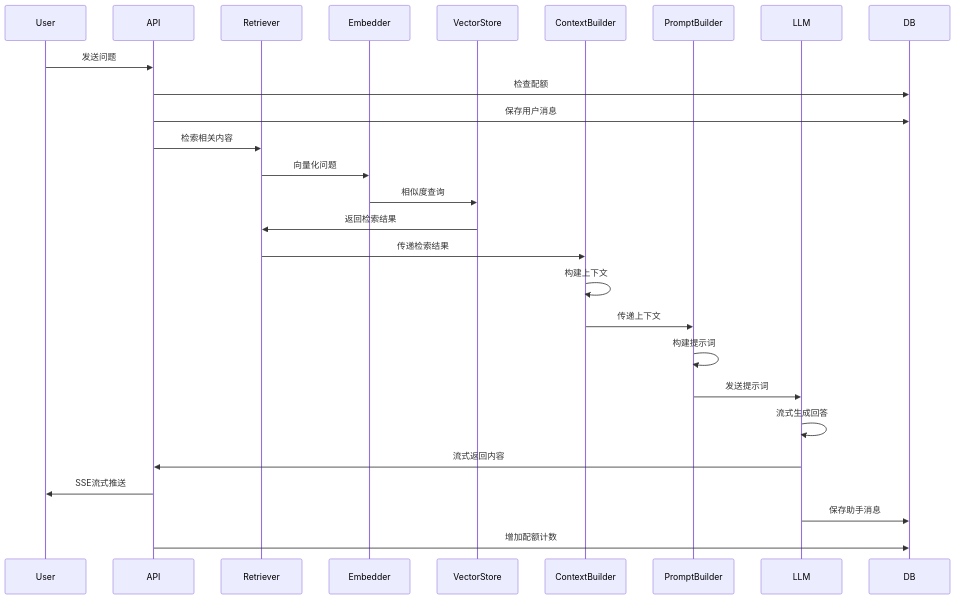
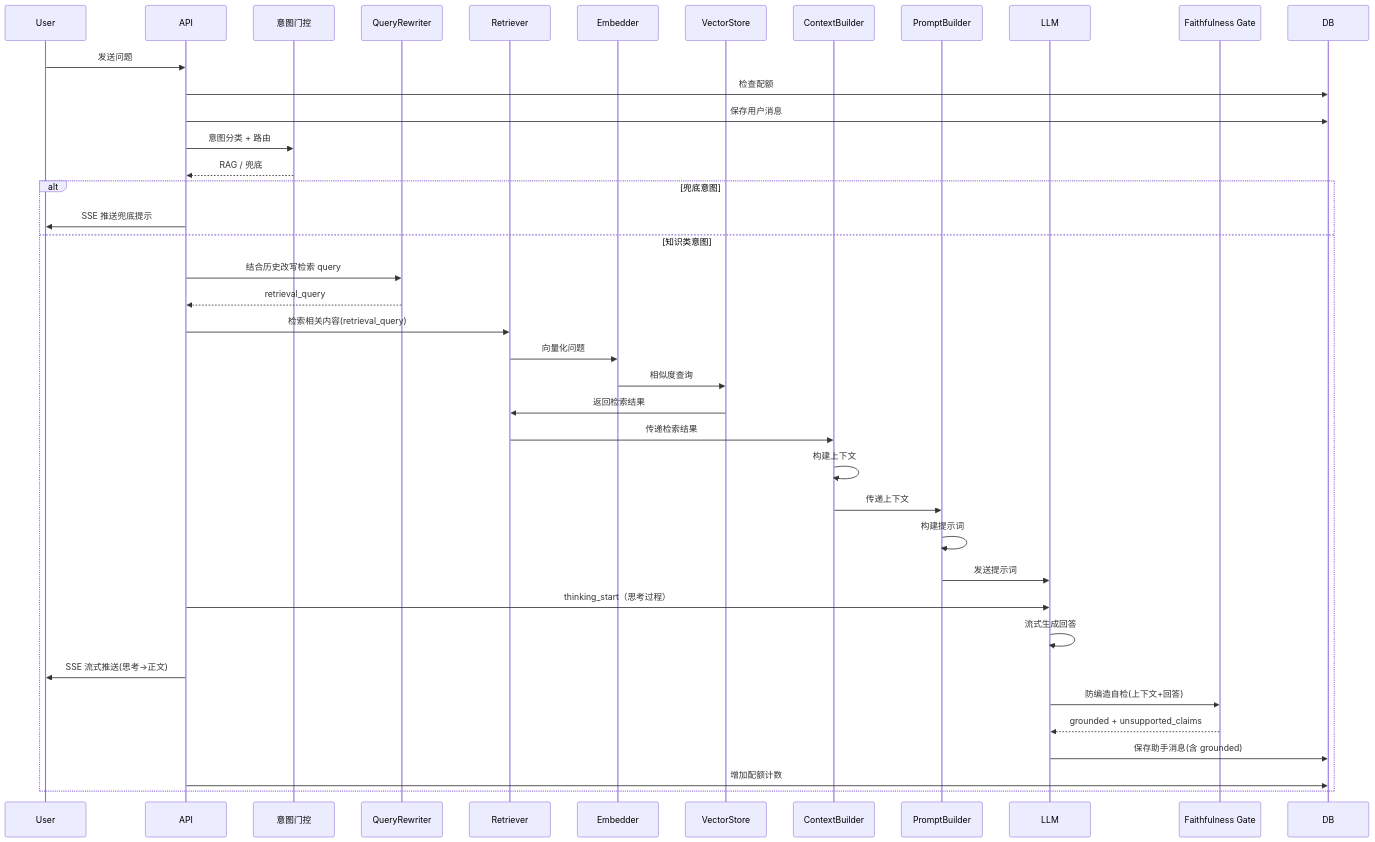
One commit to caolufeng994/ai-customer-service changed the third of 3 diagrams in docs/AI架构设计.md. Above: the diagram before and after it, drawn with Mermaid. The commit also changed other lines of this file and 27 other files, not shown here.

````diff
--- a/docs/AI架构设计.md
+++ b/docs/AI架构设计.md
@@ -309,30 +334,43 @@
 ```mermaid
 sequenceDiagram
     participant User
     participant API
+    participant Intent as 意图门控
+    participant Rewriter as QueryRewriter
     participant Retriever
     participant Embedder
     participant VectorStore
     participant ContextBuilder
     participant PromptBuilder
     participant LLM
+    participant Faith as Faithfulness Gate
     participant DB
 
     User->>API: 发送问题
     API->>DB: 检查配额
     API->>DB: 保存用户消息
-    API->>Retriever: 检索相关内容
-    Retriever->>Embedder: 向量化问题
-    Embedder->>VectorStore: 相似度查询
-    VectorStore->>Retriever: 返回检索结果
-    Retriever->>ContextBuilder: 传递检索结果
-    ContextBuilder->>ContextBuilder: 构建上下文
-    ContextBuilder->>PromptBuilder: 传递上下文
-    PromptBuilder->>PromptBuilder: 构建提示词
-    PromptBuilder->>LLM: 发送提示词
-    LLM->>LLM: 流式生成回答
-    LLM->>API: 流式返回内容
-    API->>User: SSE流式推送
-    LLM->>DB: 保存助手消息
-    API->>DB: 增加配额计数
+    API->>Intent: 意图分类 + 路由
+    Intent-->>API: RAG / 兜底
+    alt 兜底意图
+        API->>User: SSE 推送兜底提示
+    else 知识类意图
+        API->>Rewriter: 结合历史改写检索 query
+        Rewriter-->>API: retrieval_query
+        API->>Retriever: 检索相关内容(retrieval_query)
+        Retriever->>Embedder: 向量化问题
+        Embedder->>VectorStore: 相似度查询
+        VectorStore->>Retriever: 返回检索结果
+        Retriever->>ContextBuilder: 传递检索结果
+        ContextBuilder->>ContextBuilder: 构建上下文
+        ContextBuilder->>PromptBuilder: 传递上下文
+        PromptBuilder->>PromptBuilder: 构建提示词
+        PromptBuilder->>LLM: 发送提示词
+        API->>LLM: thinking_start（思考过程）
+        LLM->>LLM: 流式生成回答
+        API->>User: SSE 流式推送(思考→正文)
+        LLM->>Faith: 防编造自检(上下文+回答)
+        Faith-->>LLM: grounded + unsupported_claims
+        LLM->>DB: 保存助手消息(含 grounded)
+        API->>DB: 增加配额计数
+    end
 ```
````
